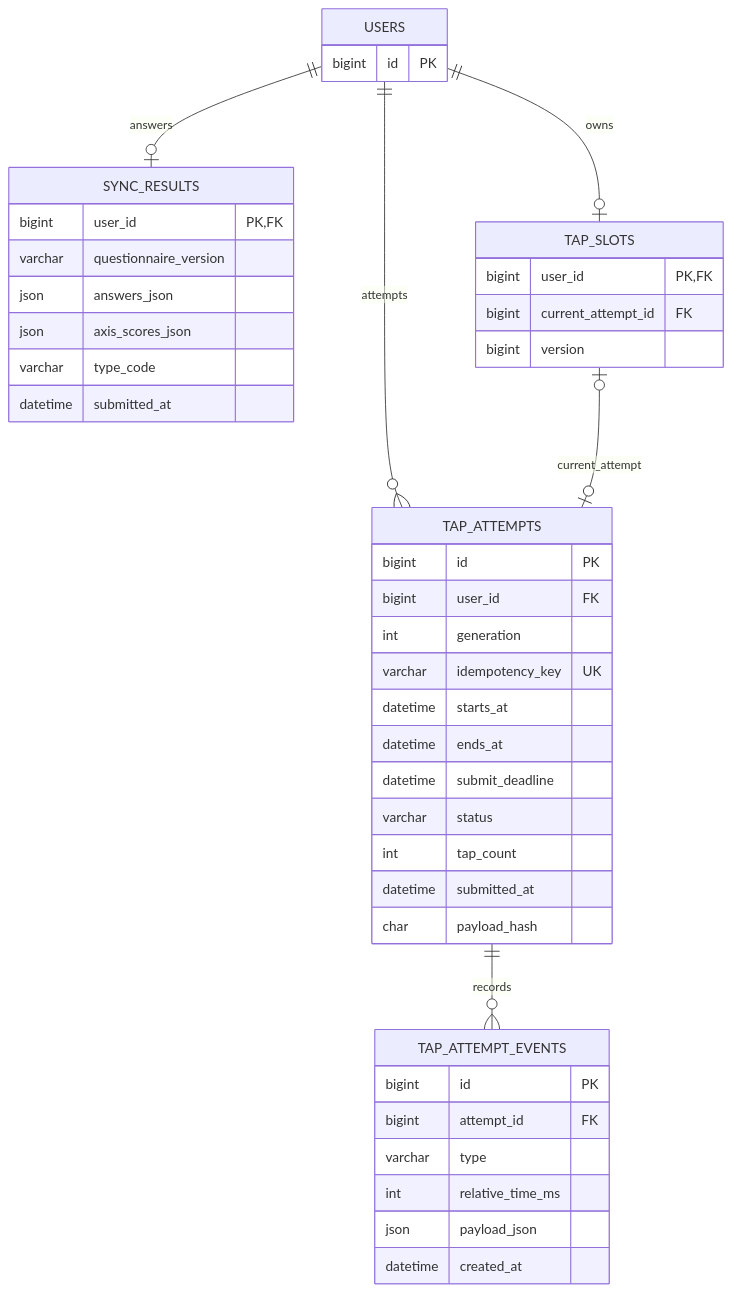
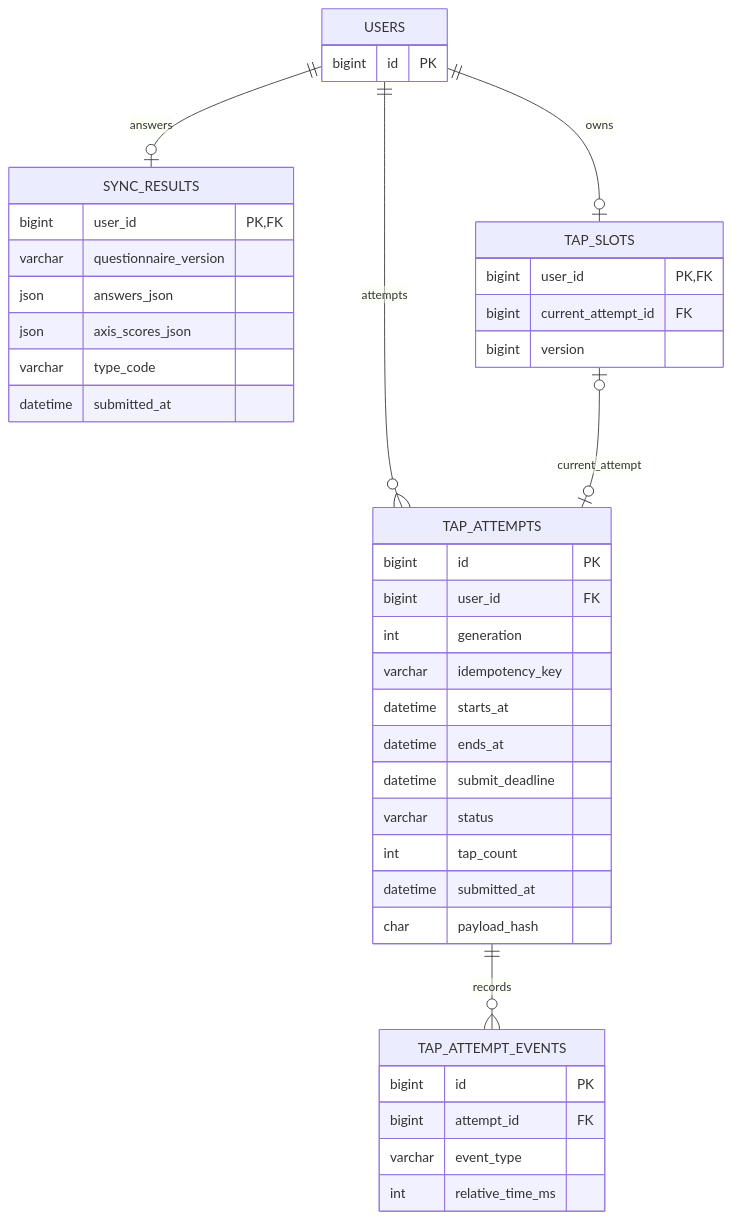
The eighth of 12 diagrams in docs/erd.md (anonymity-developer/connection_16), drawn with Mermaid before and after one commit. The commit also changed other lines of this file and 14 other files, not shown here.

````diff
--- a/docs/erd.md
+++ b/docs/erd.md
@@ -281,45 +281,43 @@
 ```mermaid
 erDiagram
     USERS ||--o| SYNC_RESULTS : answers
     USERS ||--o| TAP_SLOTS : owns
     USERS ||--o{ TAP_ATTEMPTS : attempts
     TAP_SLOTS o|--o| TAP_ATTEMPTS : current_attempt
     TAP_ATTEMPTS ||--o{ TAP_ATTEMPT_EVENTS : records
     USERS {
         bigint id PK
     }
     SYNC_RESULTS {
         bigint user_id PK,FK
         varchar questionnaire_version
         json answers_json
         json axis_scores_json
         varchar type_code
         datetime submitted_at
     }
     TAP_SLOTS {
         bigint user_id PK,FK
         bigint current_attempt_id FK
         bigint version
     }
     TAP_ATTEMPTS {
         bigint id PK
         bigint user_id FK
         int generation
-        varchar idempotency_key UK
+        varchar idempotency_key
         datetime starts_at
         datetime ends_at
         datetime submit_deadline
         varchar status
         int tap_count
         datetime submitted_at
         char payload_hash
     }
     TAP_ATTEMPT_EVENTS {
         bigint id PK
         bigint attempt_id FK
-        varchar type
+        varchar event_type
         int relative_time_ms
-        json payload_json
-        datetime created_at
     }
 ```
````
